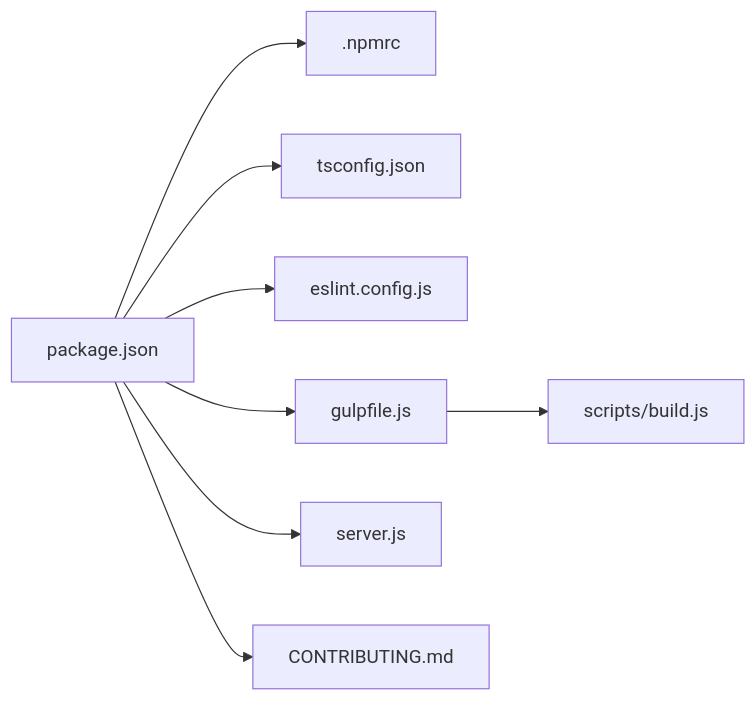
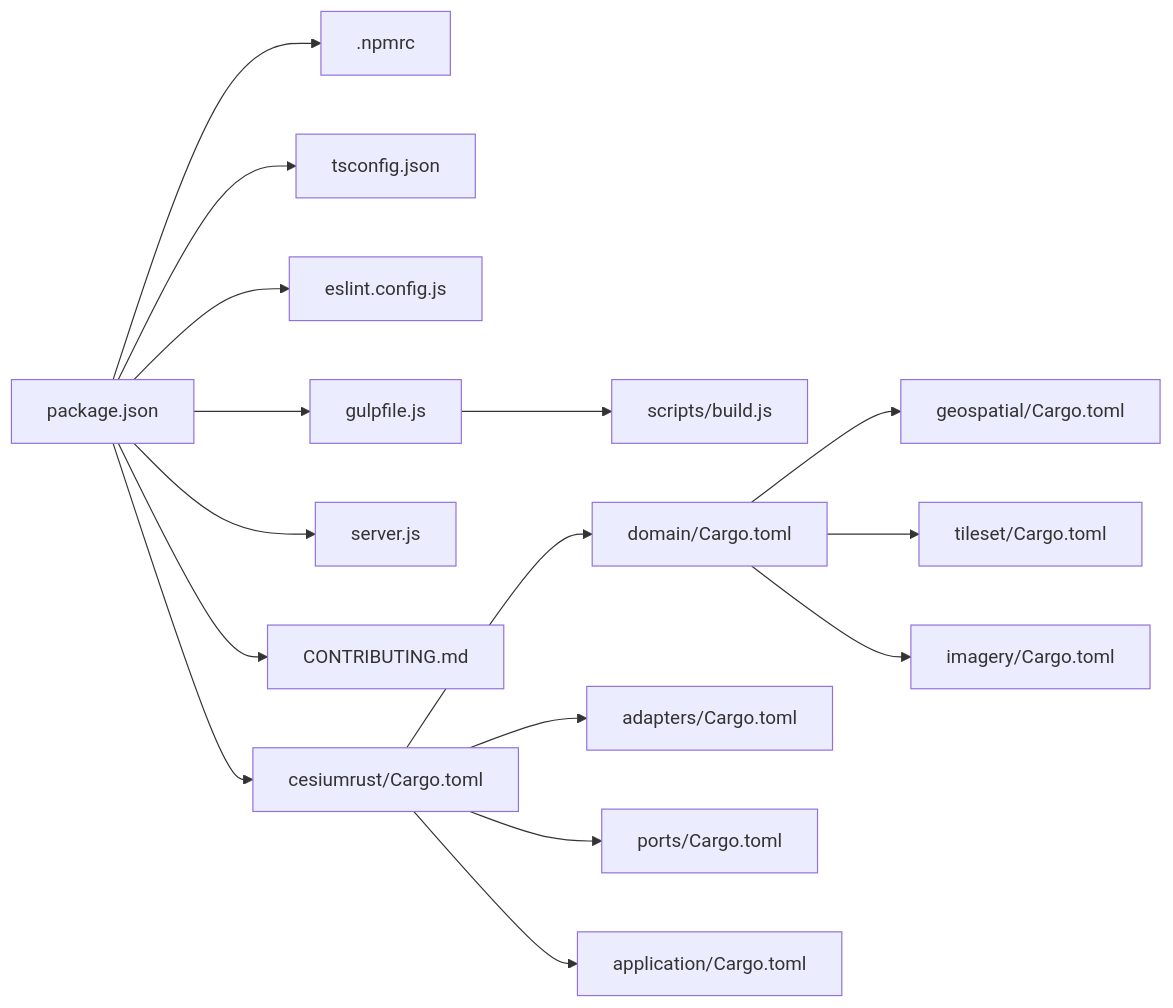
Before and after one commit to rzhangjing/cesium: the fourth of 4 diagrams in .qoder/repowiki/zh/content/构建与部署/开发环境搭建.md, drawn with Mermaid. The commit also changed other lines of this file and 92 other files, not shown here.

````diff
--- a/.qoder/repowiki/zh/content/构建与部署/开发环境搭建.md
+++ b/.qoder/repowiki/zh/content/构建与部署/开发环境搭建.md
@@ -224,10 +375,18 @@
 ```mermaid
 graph LR
 P["package.json"] --> N[".npmrc"]
 P --> T["tsconfig.json"]
 P --> E["eslint.config.js"]
 P --> G["gulpfile.js"]
 G --> B["scripts/build.js"]
 P --> S["server.js"]
 P --> C["CONTRIBUTING.md"]
+P --> R["cesiumrust/Cargo.toml"]
+R --> RD["domain/Cargo.toml"]
+R --> RA["adapters/Cargo.toml"]
+R --> RP["ports/Cargo.toml"]
+R --> RCA["application/Cargo.toml"]
+RD --> RDC["geospatial/Cargo.toml"]
+RD --> RDT["tileset/Cargo.toml"]
+RD --> RDI["imagery/Cargo.toml"]
 ```
````
